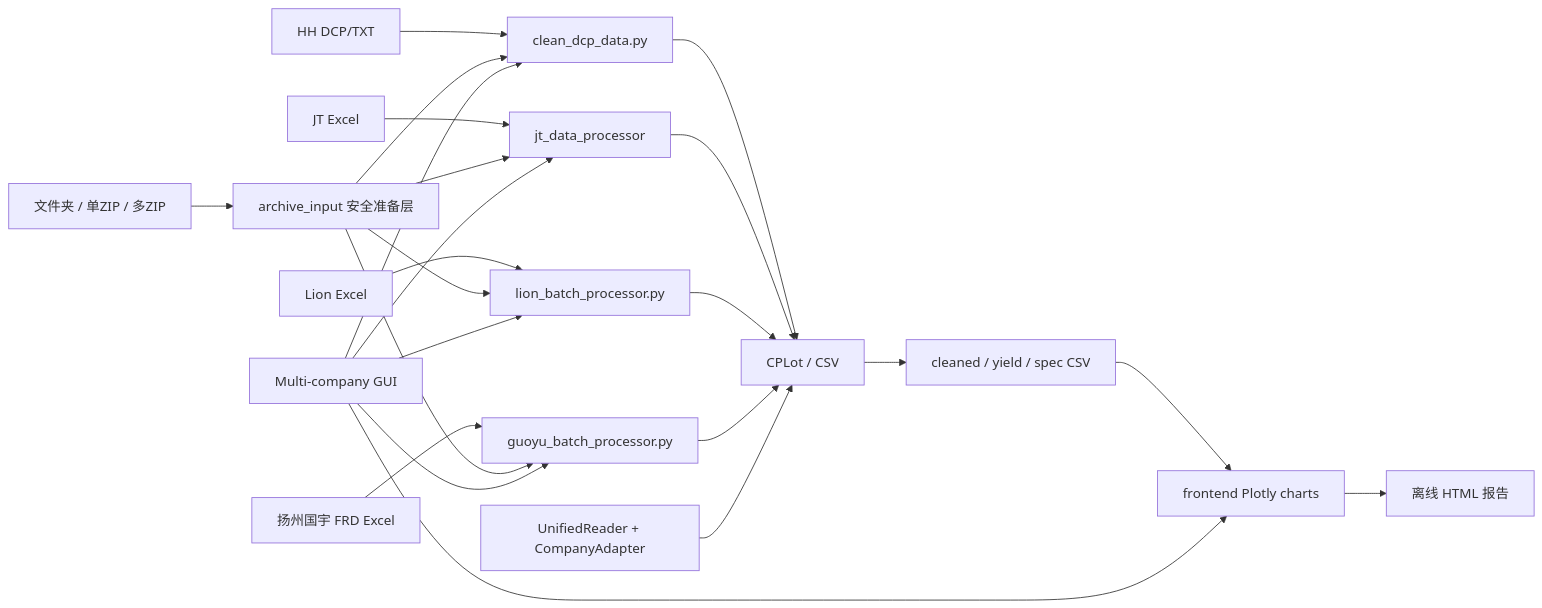
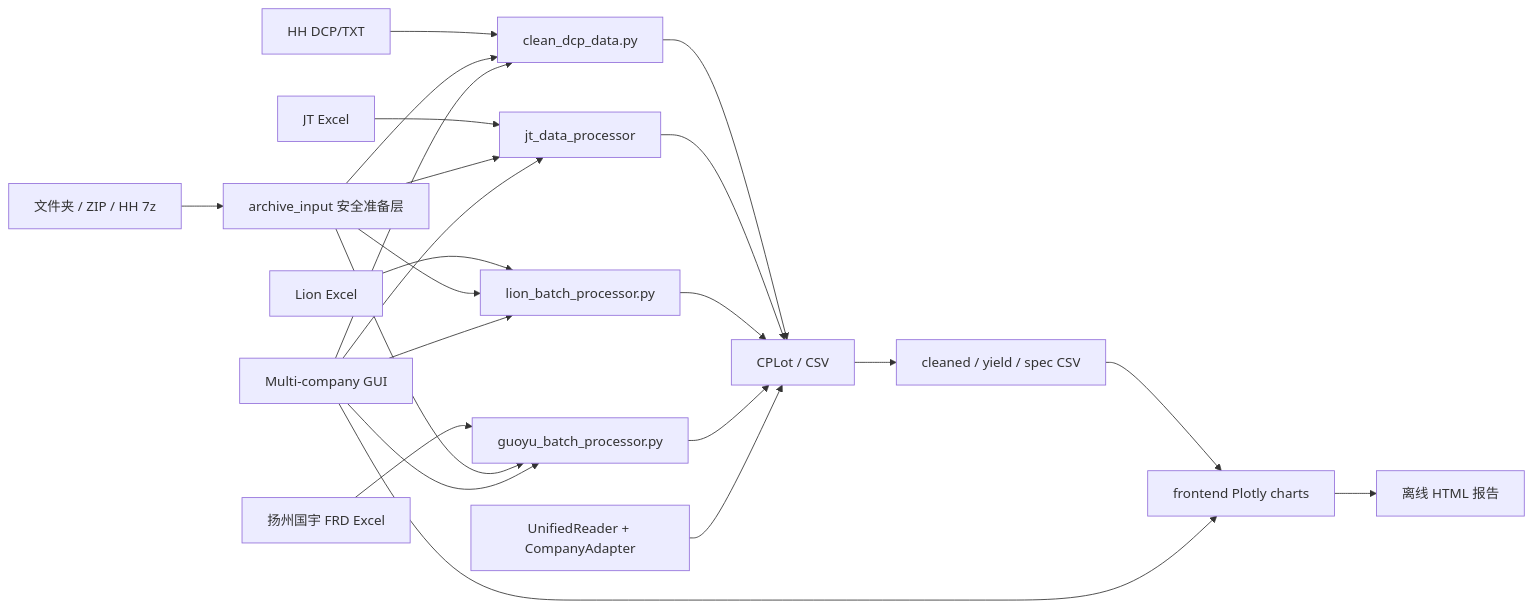
One commit to Chenchao981/cp_data_ansys changed the diagram in docs/architecture.md. Above: the diagram before and after it, drawn with Mermaid. The commit also changed other lines of this file and 21 other files, not shown here.

````diff
--- a/docs/architecture.md
+++ b/docs/architecture.md
@@ -17,25 +17,25 @@
 ```mermaid
 flowchart LR
     A["HH DCP/TXT"] --> H["clean_dcp_data.py"]
     B["JT Excel"] --> J["jt_data_processor"]
     C["Lion Excel"] --> L["lion_batch_processor.py"]
     D["扬州国宇 FRD Excel"] --> Y["guoyu_batch_processor.py"]
-    Z["文件夹 / 单ZIP / 多ZIP"] --> P["archive_input 安全准备层"]
+    Z["文件夹 / ZIP / HH 7z"] --> P["archive_input 安全准备层"]
     P --> H
     P --> J
     P --> L
     P --> Y
     H --> M["CPLot / CSV"]
     J --> M
     L --> M
     Y --> M
     U["UnifiedReader + CompanyAdapter"] --> M
     M --> S["cleaned / yield / spec CSV"]
     S --> F["frontend Plotly charts"]
     F --> R["离线 HTML 报告"]
     G["Multi-company GUI"] --> H
     G --> J
     G --> L
     G --> Y
     G --> F
 ```
````
